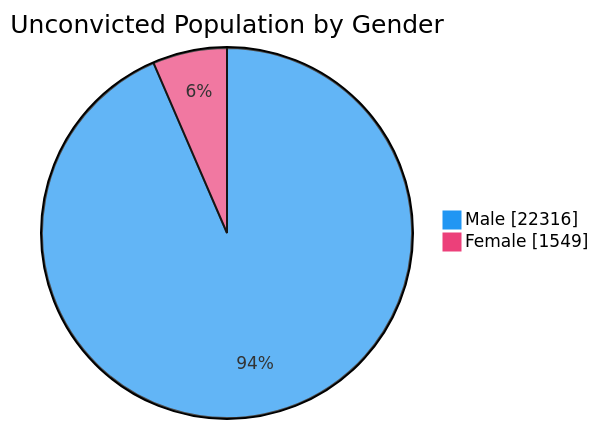
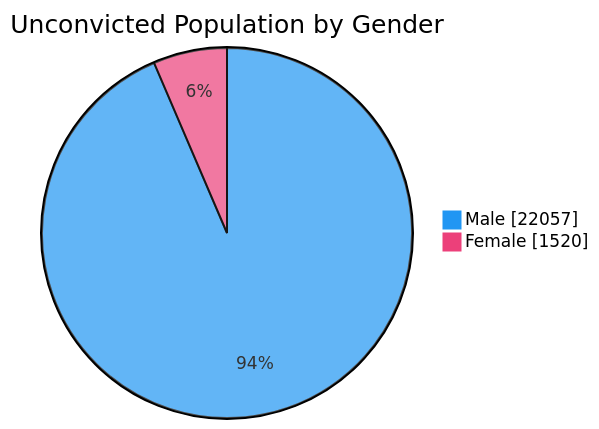
The fourth of 7 diagrams in README.md (nuuuwan/lk_prisons), drawn with Mermaid before and after one commit. The commit also changed other lines of this file and 1 other file, not shown here.

````diff
--- a/README.md
+++ b/README.md
@@ -76,6 +76,6 @@
 ```mermaid
 %%{init: {'themeVariables': {'pie1': '#2196F3', 'pie2': '#EC407A'}}}%%
 pie showData title Unconvicted Population by Gender
-    "Male" : 22316
-    "Female" : 1549
+    "Male" : 22057
+    "Female" : 1520
 ```
````
